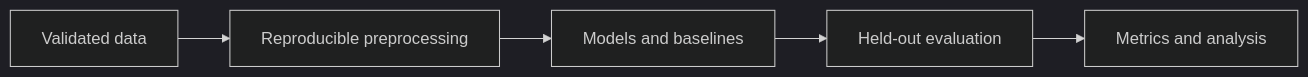
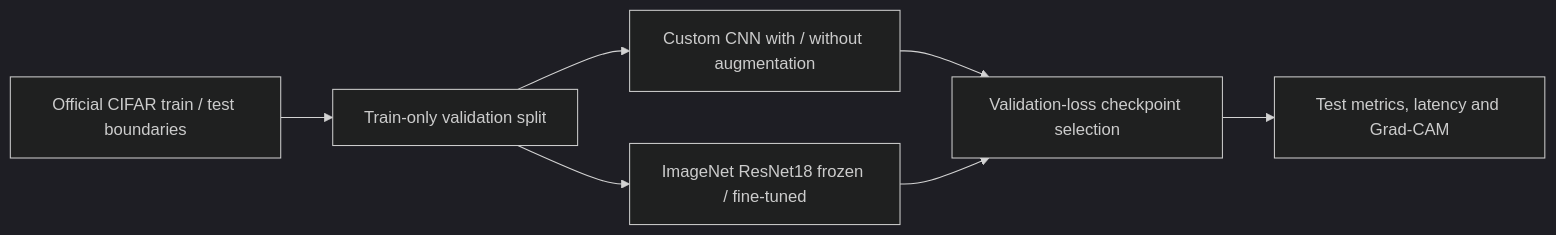
The diagram in README.md (ayanirfan099/comparative-study-of-convolutional-neural-networks), drawn with Mermaid (dark theme) before and after one commit. The commit also changed other lines of this file and 2 other files, not shown here.

Commit message:
docs: surface CNN diagnostics with measured comparison context

````diff
--- a/README.md
+++ b/README.md
@@ -8,7 +45,9 @@
 ```mermaid
 flowchart LR
-    A[Validated data] --> B[Reproducible preprocessing]
-    B --> C[Models and baselines]
-    C --> D[Held-out evaluation]
-    D --> E[Metrics and analysis]
+    Data[Official CIFAR train / test boundaries] --> Split[Train-only validation split]
+    Split --> Custom[Custom CNN with / without augmentation]
+    Split --> Transfer[ImageNet ResNet18 frozen / fine-tuned]
+    Custom --> Select[Validation-loss checkpoint selection]
+    Transfer --> Select
+    Select --> Test[Test metrics, latency and Grad-CAM]
 ```
````
